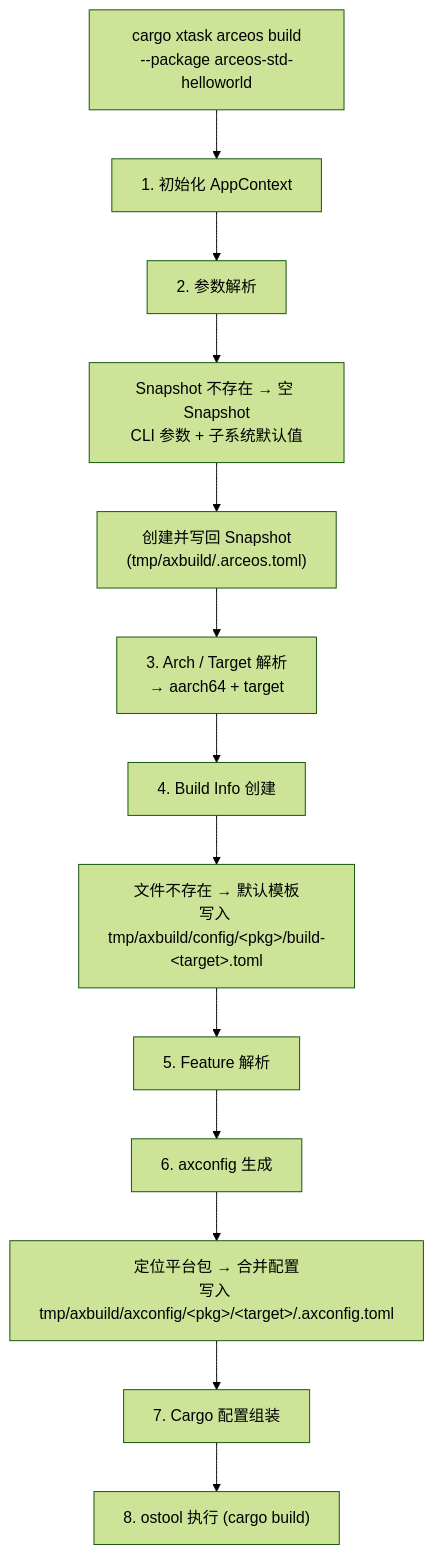
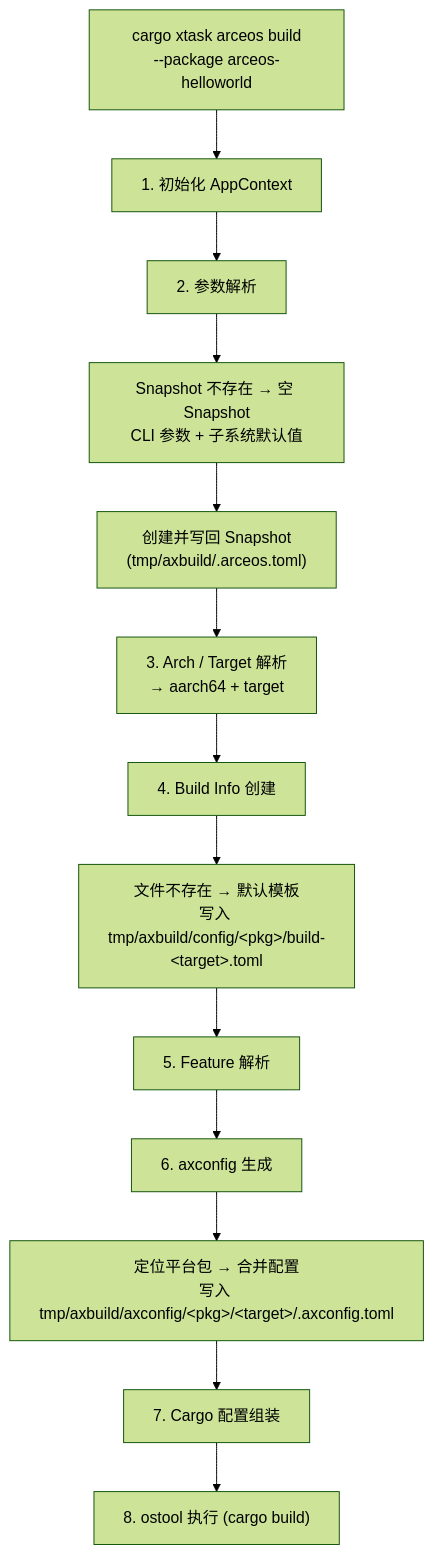
Before and after one commit to rcore-os/tgoskits: the first of 8 diagrams in docs/docs/build/build.md, drawn with Mermaid (forest theme). The commit also changed 42 other files, not shown here.

Commit message:
chore(arceos): simplify app package names

````diff
--- a/docs/docs/build/build.md
+++ b/docs/docs/build/build.md
@@ -16,15 +16,15 @@
 ```mermaid
 flowchart TD
-    A["cargo xtask arceos build<br/>--package arceos-std-helloworld"] --> B[1. 初始化 AppContext]
+    A["cargo xtask arceos build<br/>--package arceos-helloworld"] --> B[1. 初始化 AppContext]
     B --> C["2. 参数解析"]
     C --> C1["Snapshot 不存在 → 空 Snapshot<br/>CLI 参数 + 子系统默认值"]
     C1 --> C2["创建并写回 Snapshot<br/>(tmp/axbuild/.arceos.toml)"]
     C2 --> D["3. Arch / Target 解析<br/>→ aarch64 + target"]
     D --> E["4. Build Info 创建"]
     E --> E1["文件不存在 → 默认模板<br/>写入 tmp/axbuild/config/&lt;pkg&gt;/build-&lt;target&gt;.toml"]
     E1 --> F["5. Feature 解析"]
     F --> G["6. axconfig 生成"]
     G --> G1["定位平台包 → 合并配置<br/>写入 tmp/axbuild/axconfig/&lt;pkg&gt;/&lt;target&gt;/.axconfig.toml"]
     G1 --> H["7. Cargo 配置组装"]
     H --> I["8. ostool 执行 (cargo build)"]
 ```
````
